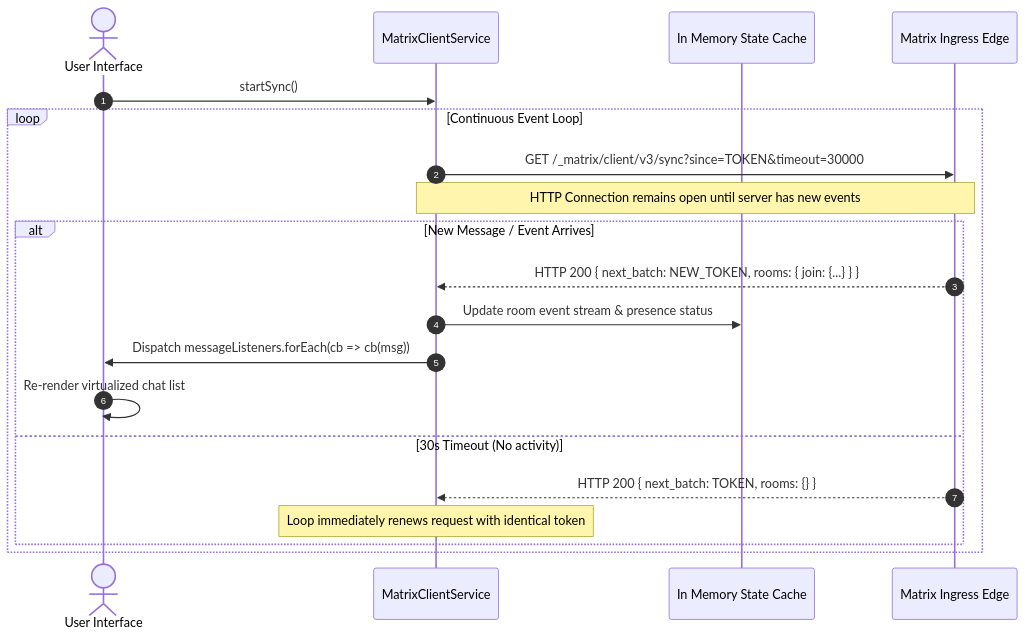
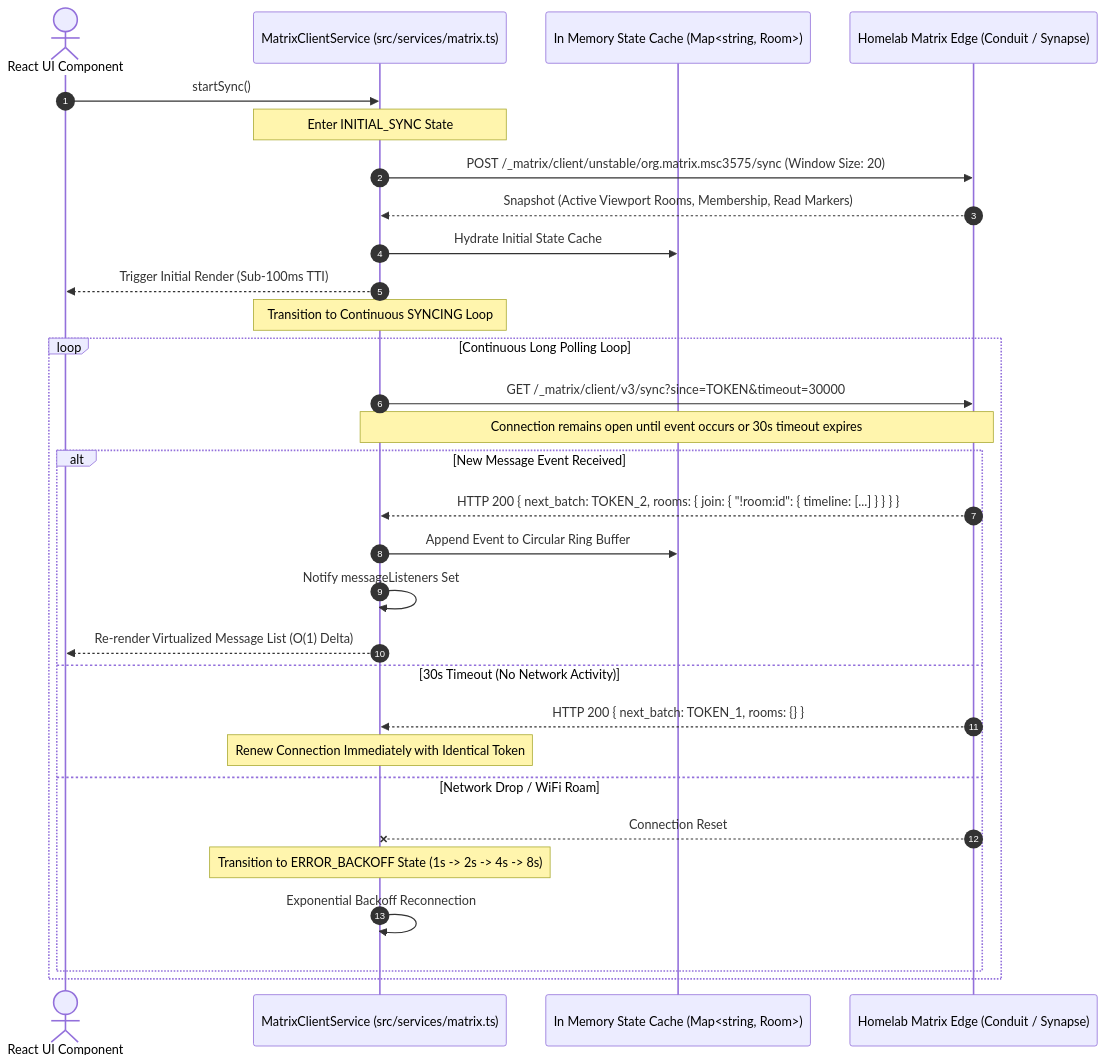
Before and after one commit to IAndrexI/documentation: the first of 2 diagrams in docs/apps/protutechchat/modules.md, drawn with Mermaid. The commit also changed other lines of this file and 14 other files, not shown here.

````diff
--- a/docs/apps/protutechchat/modules.md
+++ b/docs/apps/protutechchat/modules.md
@@ -7,23 +9,34 @@
 ```mermaid
 sequenceDiagram
     autonumber
-    actor User as User Interface
-    participant Service as MatrixClientService
-    participant Cache as In Memory State Cache
-    participant Server as Matrix Ingress Edge
+    actor User as React UI Component
+    participant Service as MatrixClientService (src/services/matrix.ts)
+    participant Cache as In Memory State Cache (Map<string, Room>)
+    participant Edge as Homelab Matrix Edge (Conduit / Synapse)
 
     User->>Service: startSync()
-    loop Continuous Event Loop
-        Service->>Server: GET /_matrix/client/v3/sync?since=TOKEN&timeout=30000
-        Note over Service,Server: HTTP Connection remains open until server has new events
-        alt New Message / Event Arrives
-            Server-->>Service: HTTP 200 { next_batch: NEW_TOKEN, rooms: { join: {...} } }
-            Service->>Cache: Update room event stream & presence status
-            Service->>User: Dispatch messageListeners.forEach(cb => cb(msg))
-            User->>User: Re-render virtualized chat list
-        else 30s Timeout (No activity)
-            Server-->>Service: HTTP 200 { next_batch: TOKEN, rooms: {} }
-            Note over Service: Loop immediately renews request with identical token
+    Note over Service: Enter INITIAL_SYNC State
+    Service->>Edge: POST /_matrix/client/unstable/org.matrix.msc3575/sync (Window Size: 20)
+    Edge-->>Service: Snapshot (Active Viewport Rooms, Membership, Read Markers)
+    Service->>Cache: Hydrate Initial State Cache
+    Service-->>User: Trigger Initial Render (Sub-100ms TTI)
+
+    Note over Service: Transition to Continuous SYNCING Loop
+    loop Continuous Long Polling Loop
+        Service->>Edge: GET /_matrix/client/v3/sync?since=TOKEN&timeout=30000
+        Note over Service,Edge: Connection remains open until event occurs or 30s timeout expires
+        alt New Message Event Received
+            Edge-->>Service: HTTP 200 { next_batch: TOKEN_2, rooms: { join: { "!room:id": { timeline: [...] } } } }
+            Service->>Cache: Append Event to Circular Ring Buffer
+            Service->>Service: Notify messageListeners Set
+            Service-->>User: Re-render Virtualized Message List (O(1) Delta)
+        else 30s Timeout (No Network Activity)
+            Edge-->>Service: HTTP 200 { next_batch: TOKEN_1, rooms: {} }
+            Note over Service: Renew Connection Immediately with Identical Token
+        else Network Drop / WiFi Roam
+            Edge--xService: Connection Reset
+            Note over Service: Transition to ERROR_BACKOFF State (1s -> 2s -> 4s -> 8s)
+            Service->>Service: Exponential Backoff Reconnection
         end
     end
 ```
````
